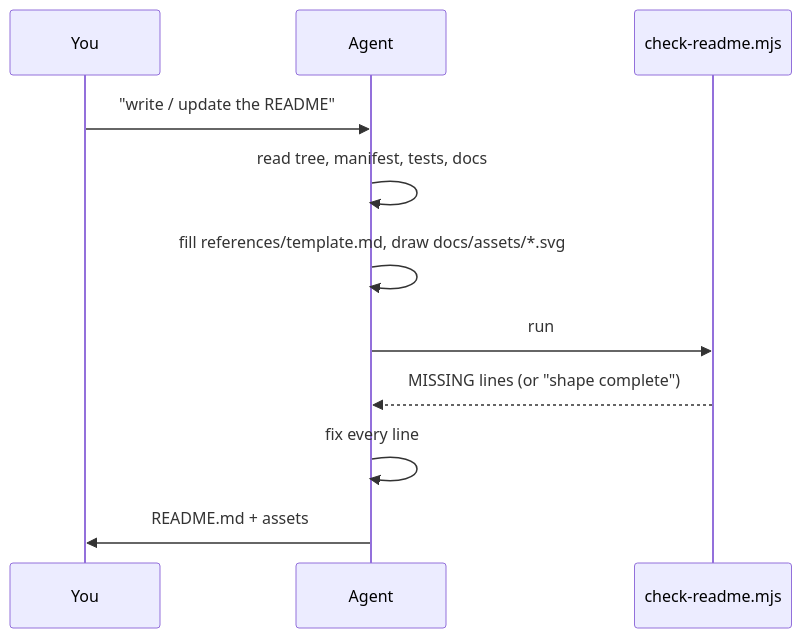
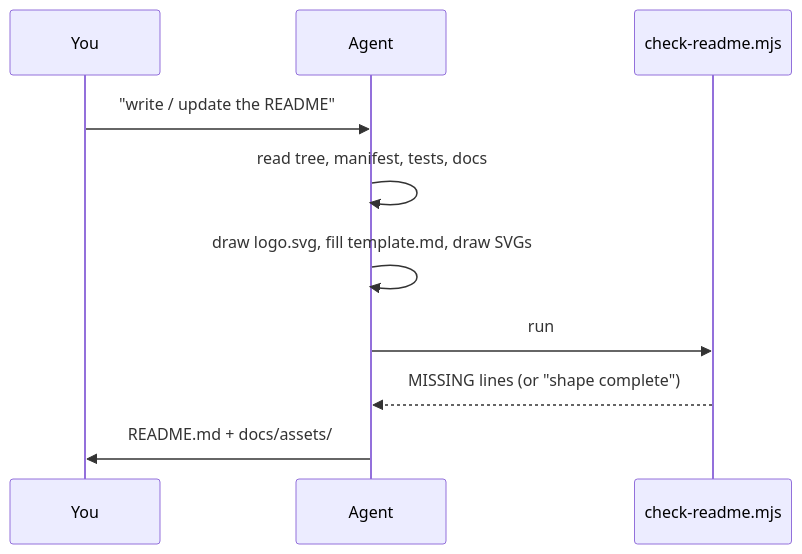
One commit to EranTzarum/readmelyzer changed the diagram in README.md. Above: the diagram before and after it, drawn with Mermaid. The commit also changed other lines of this file and 9 other files, not shown here.

````diff
--- a/README.md
+++ b/README.md
@@ -110,13 +111,12 @@
 ```mermaid
 sequenceDiagram
     participant You
     participant Agent
     participant check as check-readme.mjs
     You->>Agent: "write / update the README"
     Agent->>Agent: read tree, manifest, tests, docs
-    Agent->>Agent: fill references/template.md, draw docs/assets/*.svg
+    Agent->>Agent: draw logo.svg, fill template.md, draw SVGs
     Agent->>check: run
     check-->>Agent: MISSING lines (or "shape complete")
-    Agent->>Agent: fix every line
-    Agent->>You: README.md + assets
+    Agent->>You: README.md + docs/assets/
 ```
````
